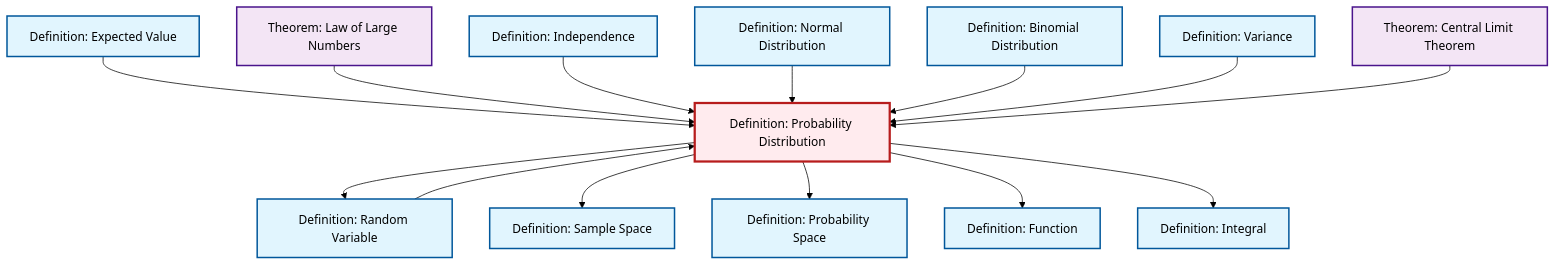
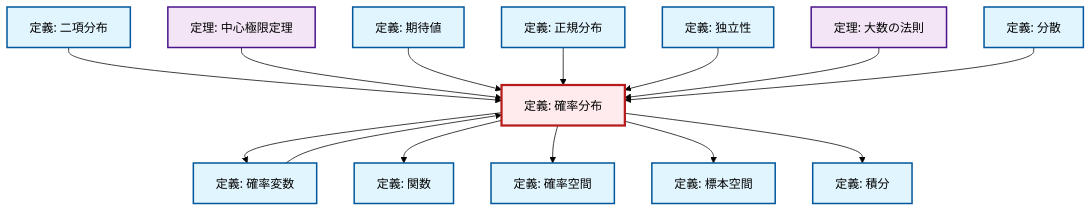
The diagram in content/ja/probability-statistics/def-probability-distribution.qmd (RK0429/ModernMath), drawn with Mermaid (forest theme) before and after one commit. The commit also changed 1069 other files, not shown here.

````diff
--- a/content/ja/probability-statistics/def-probability-distribution.qmd
+++ b/content/ja/probability-statistics/def-probability-distribution.qmd
@@ -100,48 +100,48 @@
 ```{mermaid}
 %%| fig-cap: "Local dependency graph"
 graph TD
     classDef definition fill:#e1f5fe,stroke:#01579b,stroke-width:2px
     classDef theorem fill:#f3e5f5,stroke:#4a148c,stroke-width:2px
     classDef axiom fill:#fff3e0,stroke:#e65100,stroke-width:2px
     classDef example fill:#e8f5e9,stroke:#1b5e20,stroke-width:2px
     classDef current fill:#ffebee,stroke:#b71c1c,stroke-width:3px
-    def-binomial-distribution["Definition: Binomial Distribution"]:::definition
-    def-normal-distribution["Definition: Normal Distribution"]:::definition
-    thm-law-of-large-numbers["Theorem: Law of Large Numbers"]:::theorem
-    def-probability-distribution["Definition: Probability Distribution"]:::definition
-    def-variance["Definition: Variance"]:::definition
-    def-expectation["Definition: Expected Value"]:::definition
-    def-random-variable["Definition: Random Variable"]:::definition
-    def-independence["Definition: Independence"]:::definition
-    thm-central-limit["Theorem: Central Limit Theorem"]:::theorem
-    def-function["Definition: Function"]:::definition
-    def-sample-space["Definition: Sample Space"]:::definition
-    def-integral["Definition: Integral"]:::definition
-    def-probability-space["Definition: Probability Space"]:::definition
+    def-sample-space["定義: 標本空間"]:::definition
+    def-integral["定義: 積分"]:::definition
+    def-expectation["定義: 期待値"]:::definition
+    thm-central-limit["定理: 中心極限定理"]:::theorem
+    def-function["定義: 関数"]:::definition
+    def-binomial-distribution["定義: 二項分布"]:::definition
+    def-random-variable["定義: 確率変数"]:::definition
+    def-variance["定義: 分散"]:::definition
+    def-probability-space["定義: 確率空間"]:::definition
+    thm-law-of-large-numbers["定理: 大数の法則"]:::theorem
+    def-independence["定義: 独立性"]:::definition
+    def-probability-distribution["定義: 確率分布"]:::definition
+    def-normal-distribution["定義: 正規分布"]:::definition
+    def-probability-distribution --> def-random-variable
+    def-probability-distribution --> def-function
+    def-binomial-distribution --> def-probability-distribution
+    def-probability-distribution --> def-probability-space
+    thm-central-limit --> def-probability-distribution
     def-expectation --> def-probability-distribution
+    def-normal-distribution --> def-probability-distribution
+    def-independence --> def-probability-distribution
+    def-random-variable --> def-probability-distribution
+    def-probability-distribution --> def-sample-space
     thm-law-of-large-numbers --> def-probability-distribution
-    def-probability-distribution --> def-random-variable
-    def-probability-distribution --> def-sample-space
-    def-random-variable --> def-probability-distribution
-    def-independence --> def-probability-distribution
-    def-probability-distribution --> def-probability-space
-    def-probability-distribution --> def-function
-    def-normal-distribution --> def-probability-distribution
     def-probability-distribution --> def-integral
-    def-binomial-distribution --> def-probability-distribution
     def-variance --> def-probability-distribution
-    thm-central-limit --> def-probability-distribution
     class def-probability-distribution current
-    click def-binomial-distribution "def-binomial-distribution.html" "Definition: Binomial Distributionへ"
-    click def-normal-distribution "def-normal-distribution.html" "Definition: Normal Distributionへ"
-    click thm-law-of-large-numbers "thm-law-of-large-numbers.html" "Theorem: Law of Large Numbersへ"
-    click def-variance "def-variance.html" "Definition: Varianceへ"
-    click def-expectation "def-expectation.html" "Definition: Expected Valueへ"
-    click def-random-variable "def-random-variable.html" "Definition: Random Variableへ"
-    click def-independence "def-independence.html" "Definition: Independenceへ"
-    click thm-central-limit "thm-central-limit.html" "Theorem: Central Limit Theoremへ"
-    click def-function "def-function.html" "Definition: Functionへ"
-    click def-sample-space "def-sample-space.html" "Definition: Sample Spaceへ"
-    click def-integral "def-integral.html" "Definition: Integralへ"
-    click def-probability-space "def-probability-space.html" "Definition: Probability Spaceへ"
+    click def-sample-space "def-sample-space.html" "標本空間の定義へ"
+    click def-integral "def-integral.html" "積分の定義へ"
+    click def-expectation "def-expectation.html" "期待値の定義へ"
+    click thm-central-limit "thm-central-limit.html" "中心極限定理の定理へ"
+    click def-function "def-function.html" "関数の定義へ"
+    click def-binomial-distribution "def-binomial-distribution.html" "二項分布の定義へ"
+    click def-random-variable "def-random-variable.html" "確率変数の定義へ"
+    click def-variance "def-variance.html" "分散の定義へ"
+    click def-probability-space "def-probability-space.html" "確率空間の定義へ"
+    click thm-law-of-large-numbers "thm-law-of-large-numbers.html" "大数の法則の定理へ"
+    click def-independence "def-independence.html" "独立性の定義へ"
+    click def-normal-distribution "def-normal-distribution.html" "正規分布の定義へ"
 ```
````
